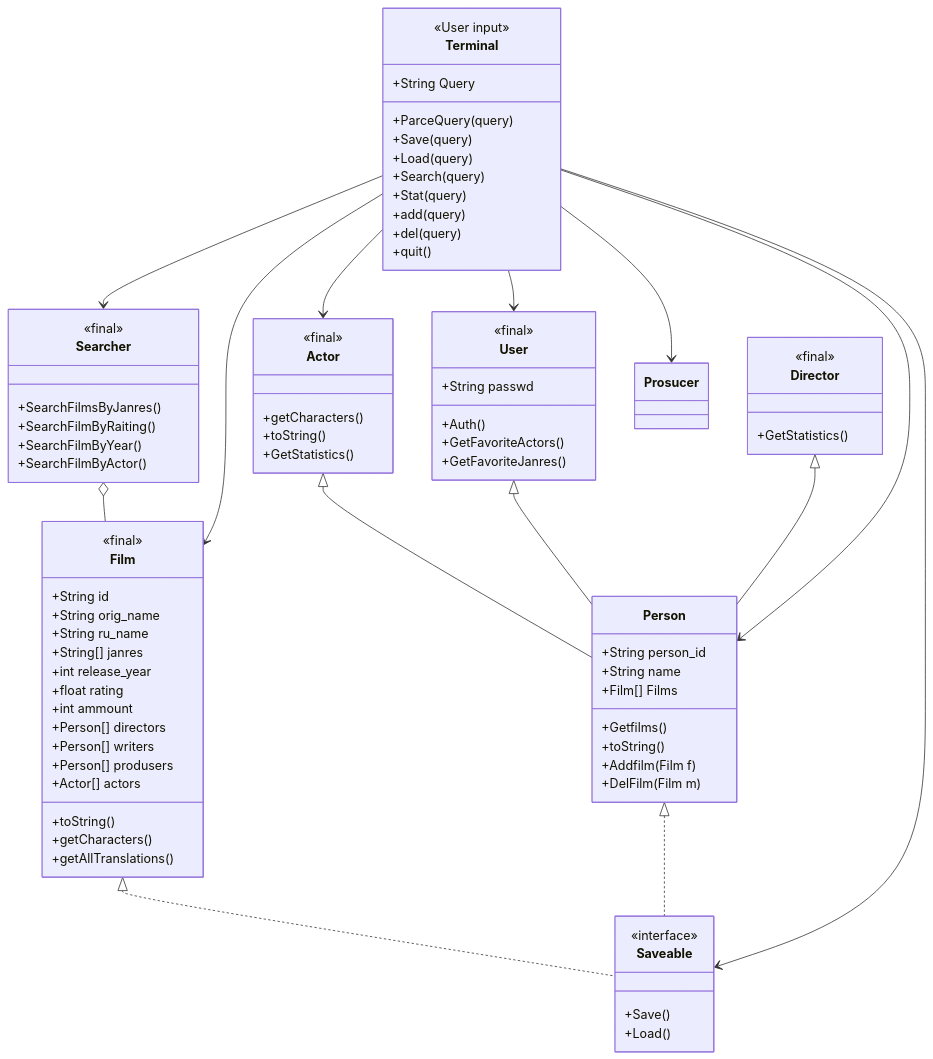
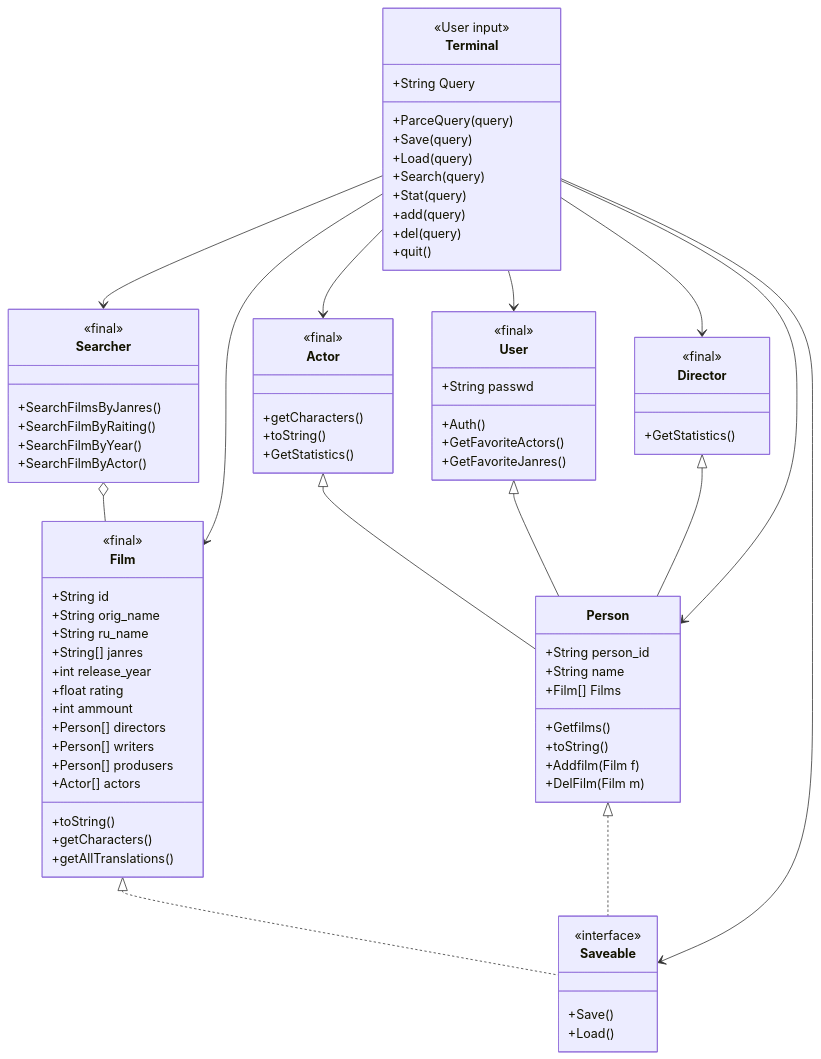
One commit to mmonastyrskiy/Programming_3_sem changed the diagram in Java_OOP/Monastyrskiy/Java_project/docs/structure.md. Above: the diagram before and after it, drawn with Mermaid.

```diff
--- a/Java_OOP/Monastyrskiy/Java_project/docs/structure.md
+++ b/Java_OOP/Monastyrskiy/Java_project/docs/structure.md
@@ -105,7 +105,7 @@
     Terminal --> Actor
     Terminal --> User
     Terminal --> Saveable
-    Terminal --> Prosucer
+    Terminal --> Director
      Terminal --> Person
       Terminal --> Film
     
```
